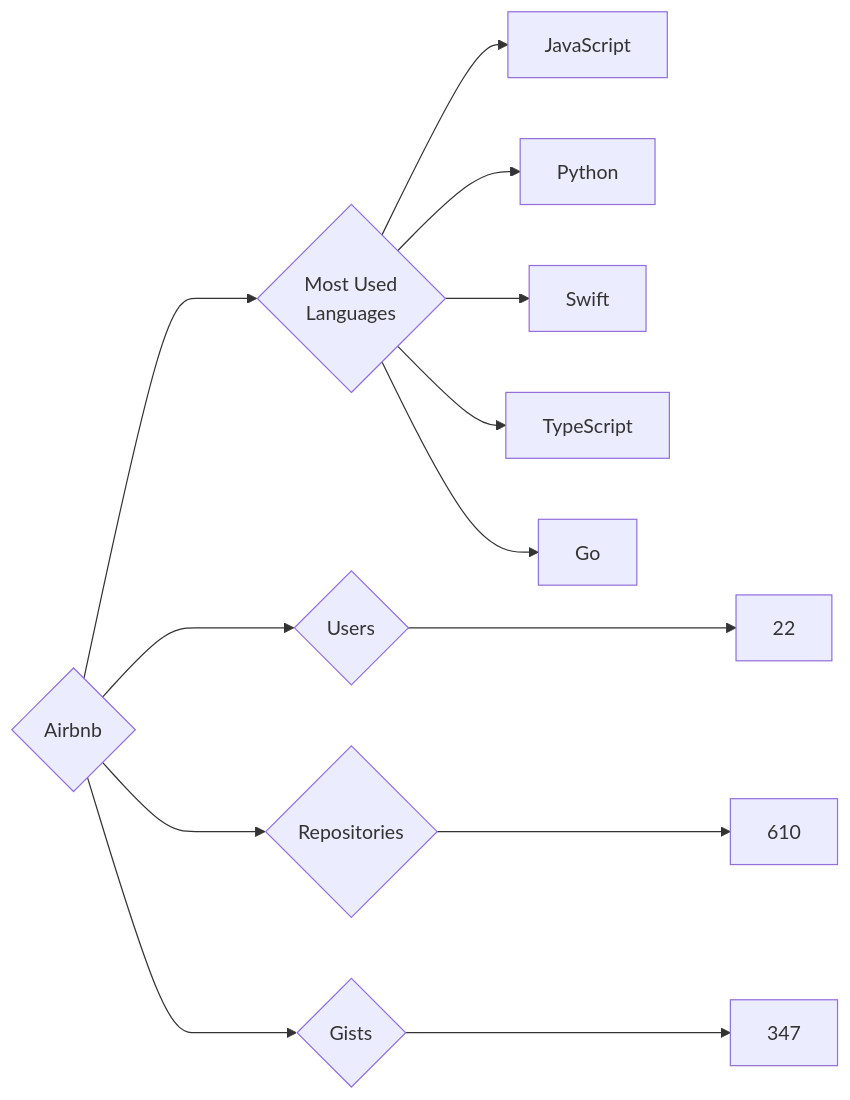
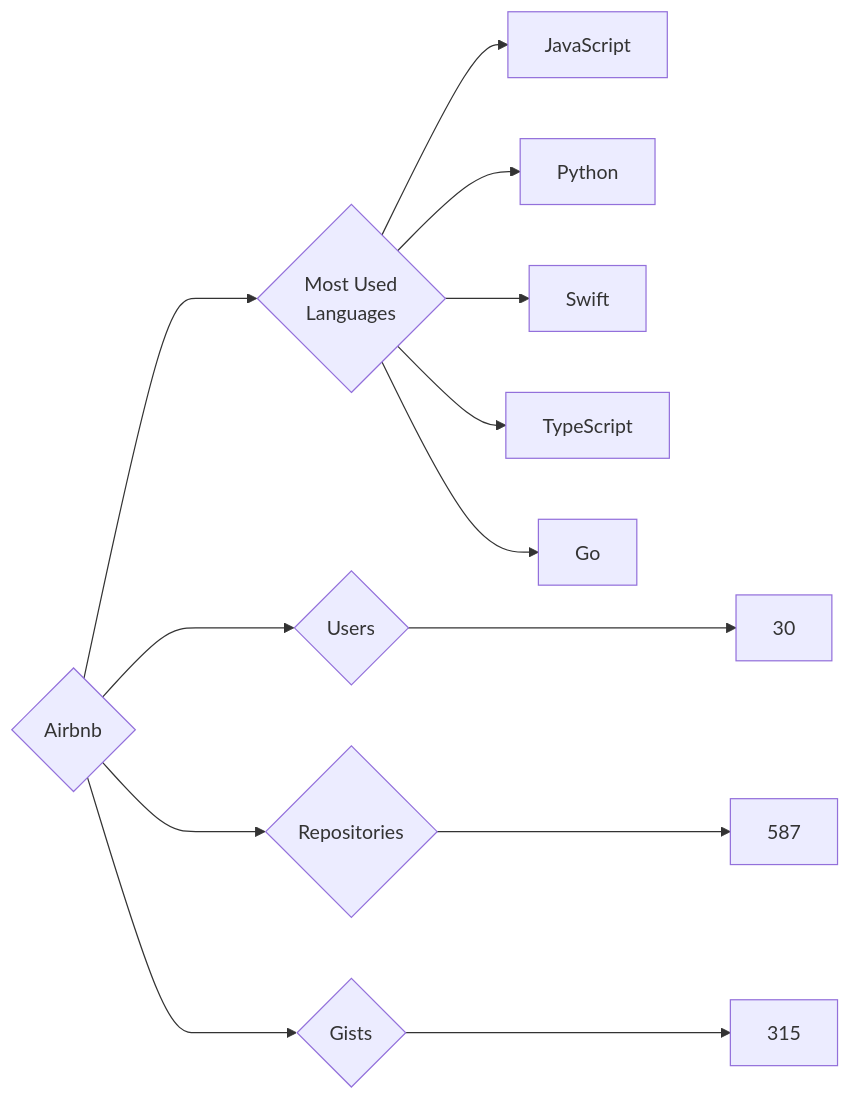
The diagram in targets/Airbnb/README.md (trickest/insiders), drawn with Mermaid before and after one commit. The commit also changed 594 other files, not shown here.

````diff
--- a/targets/Airbnb/README.md
+++ b/targets/Airbnb/README.md
@@ -3,13 +3,13 @@
 ```mermaid
 graph LR
 COMPANY_NAME{Airbnb}
-COMPANY_NAME ---> U{Users} ---> UN[22]
-COMPANY_NAME ---> R{Repositories} ---> RN[610]
-COMPANY_NAME ---> G{Gists} ---> GN[347]
+COMPANY_NAME ---> U{Users} ---> UN[30]
+COMPANY_NAME ---> R{Repositories} ---> RN[587]
+COMPANY_NAME ---> G{Gists} ---> GN[315]
 COMPANY_NAME ---> ML{Most Used<br>Languages}
 ML --> JavaScript[JavaScript]
 ML --> Python[Python]
 ML --> Swift[Swift]
 ML --> TypeScript[TypeScript]
 ML --> Go[Go]
 ```
````
